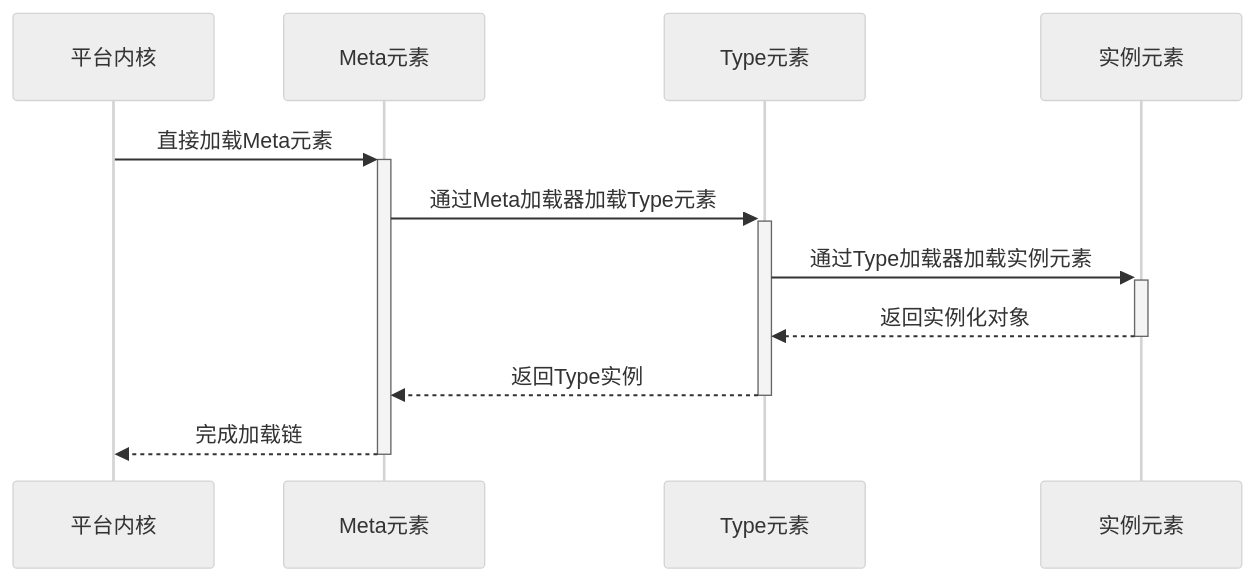
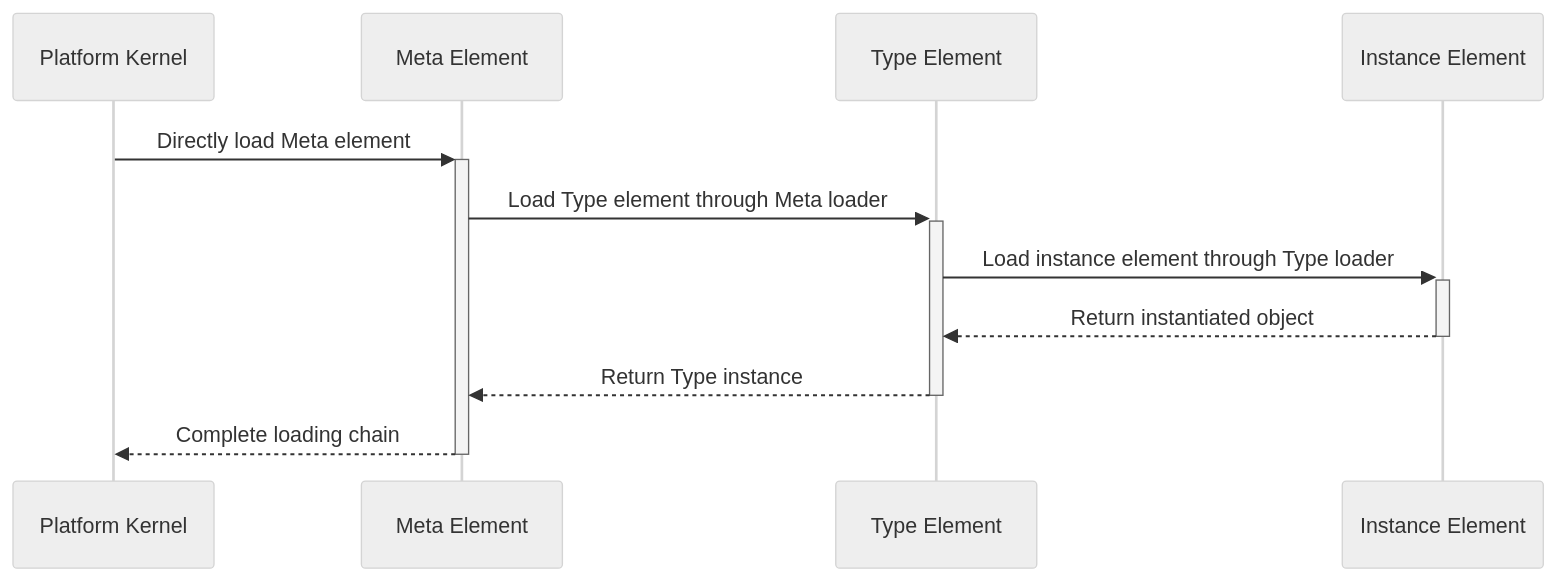
One commit to jitai-team/jitai-docs changed the second of 2 diagrams in docs/reference/runtime-platform/JAAP.md. Above: the diagram before and after it, drawn with Mermaid (neutral theme). The commit also changed other lines of this file and 220 other files, not shown here.

````diff
--- a/docs/reference/runtime-platform/JAAP.md
+++ b/docs/reference/runtime-platform/JAAP.md
@@ -184,14 +184,14 @@
-```mermaid title="元素加载流程"
+```mermaid title="Element Loading Process"
 sequenceDiagram
-    participant P as 平台内核
-    participant M as Meta元素  
-    participant T as Type元素
-    participant I as 实例元素
+    participant P as Platform Kernel
+    participant M as Meta Element  
+    participant T as Type Element
+    participant I as Instance Element
     
-    P->>+M: 直接加载Meta元素
-    M->>+T: 通过Meta加载器加载Type元素
-    T->>+I: 通过Type加载器加载实例元素
-    I-->>-T: 返回实例化对象
-    T-->>-M: 返回Type实例
-    M-->>-P: 完成加载链
+    P->>+M: Directly load Meta element
+    M->>+T: Load Type element through Meta loader
+    T->>+I: Load instance element through Type loader
+    I-->>-T: Return instantiated object
+    T-->>-M: Return Type instance
+    M-->>-P: Complete loading chain
 ```
````
